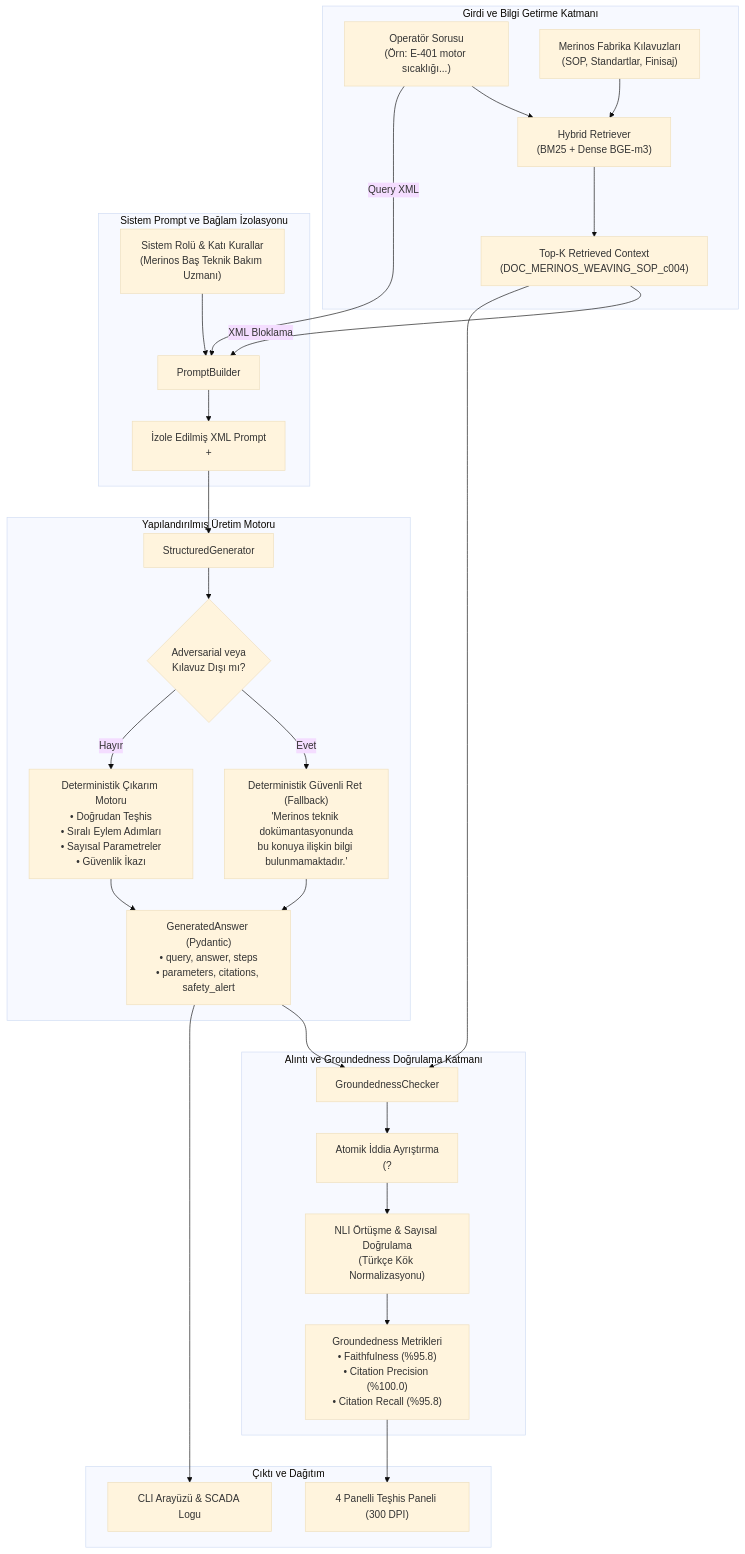
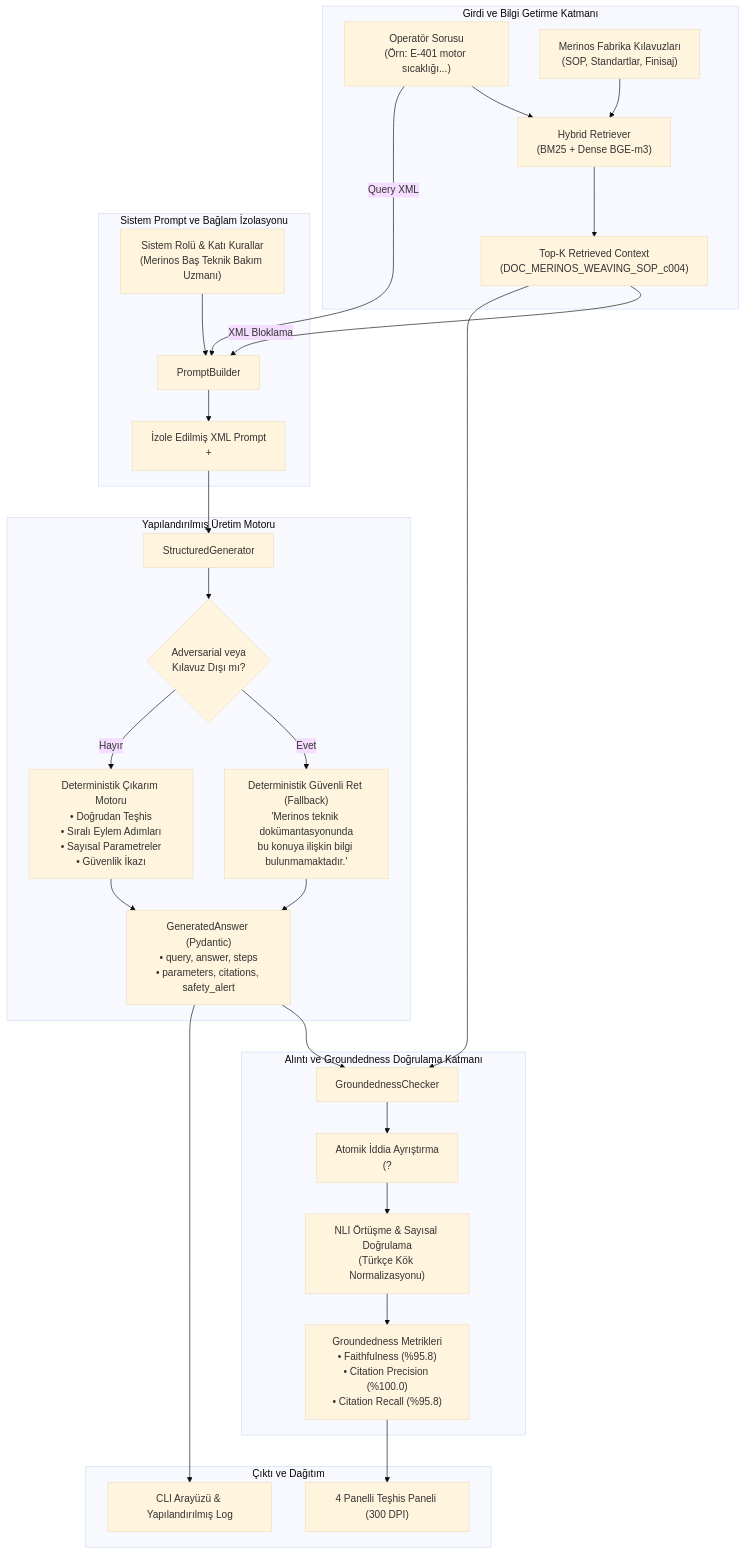
Before and after one commit to seydivakkas/merinos-industrial-ai-internship: the diagram in day36/README.md, drawn with Mermaid (base theme). The commit also changed other lines of this file and 61 other files, not shown here.

````diff
--- a/day36/README.md
+++ b/day36/README.md
@@ -144,37 +144,37 @@
 ```mermaid
 flowchart TD
     subgraph InputLayer ["Girdi ve Bilgi Getirme Katmanı"]
         Q["Operatör Sorusu\n(Örn: E-401 motor sıcaklığı...)"] --> RET["Hybrid Retriever\n(BM25 + Dense BGE-m3)"]
         DOCS["Merinos Fabrika Kılavuzları\n(SOP, Standartlar, Finisaj)"] --> RET
         RET --> CHUNKS["Top-K Retrieved Context\n(DOC_MERINOS_WEAVING_SOP_c004)"]
     end
 
     subgraph PromptLayer ["Sistem Prompt ve Bağlam İzolasyonu"]
         SYS["Sistem Rolü & Katı Kurallar\n(Merinos Baş Teknik Bakım Uzmanı)"] --> PB["PromptBuilder"]
         CHUNKS --> |XML Bloklama| PB
         Q --> |Query XML| PB
         PB --> PROMPT["İzole Edilmiş XML Prompt\n<retrieved_context> + <operator_query>"]
     end
 
     subgraph GenLayer ["Yapılandırılmış Üretim Motoru"]
         PROMPT --> SG["StructuredGenerator"]
         SG --> ADV_CHECK{"Adversarial veya\nKılavuz Dışı mı?"}
         ADV_CHECK -- Evet --> FALLBACK["Deterministik Güvenli Ret (Fallback)\n'Merinos teknik dokümantasyonunda\nbu konuya ilişkin bilgi bulunmamaktadır.'"]
         ADV_CHECK -- Hayır --> STRUCT_EXT["Deterministik Çıkarım Motoru\n• Doğrudan Teşhis\n• Sıralı Eylem Adımları\n• Sayısal Parametreler\n• Güvenlik İkazı"]
         STRUCT_EXT --> GEN_ANS["GeneratedAnswer (Pydantic)\n• query, answer, steps\n• parameters, citations, safety_alert"]
         FALLBACK --> GEN_ANS
     end
 
     subgraph EvalLayer ["Alıntı ve Groundedness Doğrulama Katmanı"]
         GEN_ANS --> GC["GroundednessChecker"]
         CHUNKS --> GC
         GC --> CLAIMS["Atomik İddia Ayrıştırma\n(?<!\\d)\\.(?!\\d) Cümle Bölümleme"]
         CLAIMS --> NLI["NLI Örtüşme & Sayısal Doğrulama\n(Türkçe Kök Normalizasyonu)"]
         NLI --> METRICS["Groundedness Metrikleri\n• Faithfulness (%95.8)\n• Citation Precision (%100.0)\n• Citation Recall (%95.8)"]
     end
 
     subgraph OutputLayer ["Çıktı ve Dağıtım"]
-        GEN_ANS --> CLI["CLI Arayüzü & SCADA Logu"]
+        GEN_ANS --> CLI["CLI Arayüzü & Yapılandırılmış Log"]
         METRICS --> DASHBOARD["4 Panelli Teşhis Paneli (300 DPI)"]
     end
 ```
````
